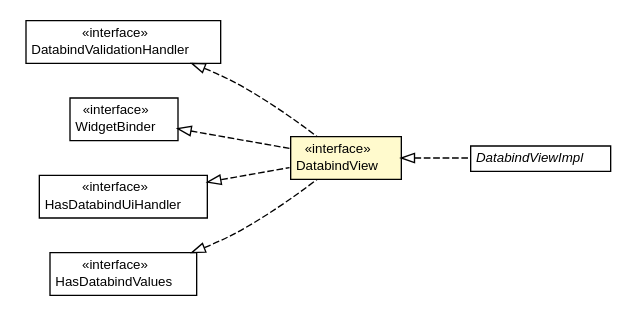
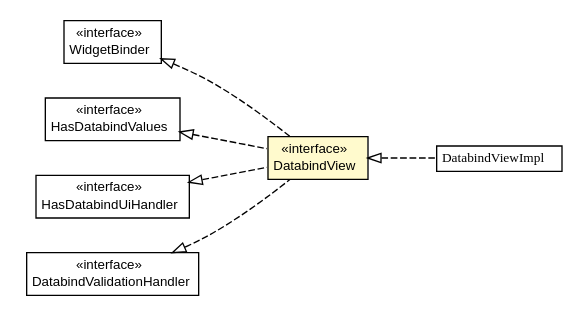
One commit to growbit/turbogwt-databind changed the diagram in javadoc/apidocs/org/turbogwt/mvp/databind/client/DatabindView.dot. Above: the diagram before and after it, drawn with Graphviz. The commit also changed 171 other files, not shown here.

```diff
--- a/javadoc/apidocs/org/turbogwt/mvp/databind/client/DatabindView.dot
+++ b/javadoc/apidocs/org/turbogwt/mvp/databind/client/DatabindView.dot
@@ -1,64 +1,64 @@
 #!/usr/local/bin/dot
 #
 # Class diagram 
 # Generated by UMLGraph version R5_6-24-gf6e263 (http://www.umlgraph.org/)
 #
 
 digraph G {
-	edge [fontname="Helvetica",fontsize=10,labelfontname="Helvetica",labelfontsize=10];
-	node [fontname="Helvetica",fontsize=10,shape=plaintext];
+	edge [fontname="arial",fontsize=10,labelfontname="arial",labelfontsize=10];
+	node [fontname="arial",fontsize=10,shape=plaintext];
 	nodesep=0.25;
 	ranksep=0.5;
 	rankdir=LR;
+	// org.turbogwt.mvp.databind.client.WidgetBinder
+	c447 [label=<<table title="org.turbogwt.mvp.databind.client.WidgetBinder" border="0" cellborder="1" cellspacing="0" cellpadding="2" port="p" href="./WidgetBinder.html">
+		<tr><td><table border="0" cellspacing="0" cellpadding="1">
+<tr><td align="center" balign="center"> &#171;interface&#187; </td></tr>
+<tr><td align="center" balign="center"> WidgetBinder </td></tr>
+		</table></td></tr>
+		</table>>, URL="./WidgetBinder.html", fontname="arial", fontcolor="black", fontsize=10.0];
+	// org.turbogwt.mvp.databind.client.HasDatabindValues
+	c453 [label=<<table title="org.turbogwt.mvp.databind.client.HasDatabindValues" border="0" cellborder="1" cellspacing="0" cellpadding="2" port="p" href="./HasDatabindValues.html">
+		<tr><td><table border="0" cellspacing="0" cellpadding="1">
+<tr><td align="center" balign="center"> &#171;interface&#187; </td></tr>
+<tr><td align="center" balign="center"> HasDatabindValues </td></tr>
+		</table></td></tr>
+		</table>>, URL="./HasDatabindValues.html", fontname="arial", fontcolor="black", fontsize=10.0];
+	// org.turbogwt.mvp.databind.client.HasDatabindUiHandler
+	c454 [label=<<table title="org.turbogwt.mvp.databind.client.HasDatabindUiHandler" border="0" cellborder="1" cellspacing="0" cellpadding="2" port="p" href="./HasDatabindUiHandler.html">
+		<tr><td><table border="0" cellspacing="0" cellpadding="1">
+<tr><td align="center" balign="center"> &#171;interface&#187; </td></tr>
+<tr><td align="center" balign="center"> HasDatabindUiHandler </td></tr>
+		</table></td></tr>
+		</table>>, URL="./HasDatabindUiHandler.html", fontname="arial", fontcolor="black", fontsize=10.0];
 	// org.turbogwt.mvp.databind.client.DatabindViewImpl
-	c385 [label=<<table title="org.turbogwt.mvp.databind.client.DatabindViewImpl" border="0" cellborder="1" cellspacing="0" cellpadding="2" port="p" href="./DatabindViewImpl.html">
+	c455 [label=<<table title="org.turbogwt.mvp.databind.client.DatabindViewImpl" border="0" cellborder="1" cellspacing="0" cellpadding="2" port="p" href="./DatabindViewImpl.html">
 		<tr><td><table border="0" cellspacing="0" cellpadding="1">
-<tr><td align="center" balign="center"><font face="Helvetica-Oblique"> DatabindViewImpl </font></td></tr>
+<tr><td align="center" balign="center"><font face="arial italic"> DatabindViewImpl </font></td></tr>
 		</table></td></tr>
-		</table>>, URL="./DatabindViewImpl.html", fontname="Helvetica", fontcolor="black", fontsize=10.0];
+		</table>>, URL="./DatabindViewImpl.html", fontname="arial", fontcolor="black", fontsize=10.0];
+	// org.turbogwt.mvp.databind.client.DatabindView
+	c459 [label=<<table title="org.turbogwt.mvp.databind.client.DatabindView" border="0" cellborder="1" cellspacing="0" cellpadding="2" port="p" bgcolor="lemonChiffon" href="./DatabindView.html">
+		<tr><td><table border="0" cellspacing="0" cellpadding="1">
+<tr><td align="center" balign="center"> &#171;interface&#187; </td></tr>
+<tr><td align="center" balign="center"> DatabindView </td></tr>
+		</table></td></tr>
+		</table>>, URL="./DatabindView.html", fontname="arial", fontcolor="black", fontsize=10.0];
 	// org.turbogwt.mvp.databind.client.DatabindValidationHandler
-	c388 [label=<<table title="org.turbogwt.mvp.databind.client.DatabindValidationHandler" border="0" cellborder="1" cellspacing="0" cellpadding="2" port="p" href="./DatabindValidationHandler.html">
+	c460 [label=<<table title="org.turbogwt.mvp.databind.client.DatabindValidationHandler" border="0" cellborder="1" cellspacing="0" cellpadding="2" port="p" href="./DatabindValidationHandler.html">
 		<tr><td><table border="0" cellspacing="0" cellpadding="1">
 <tr><td align="center" balign="center"> &#171;interface&#187; </td></tr>
 <tr><td align="center" balign="center"> DatabindValidationHandler </td></tr>
 		</table></td></tr>
-		</table>>, URL="./DatabindValidationHandler.html", fontname="Helvetica", fontcolor="black", fontsize=10.0];
-	// org.turbogwt.mvp.databind.client.WidgetBinder
-	c389 [label=<<table title="org.turbogwt.mvp.databind.client.WidgetBinder" border="0" cellborder="1" cellspacing="0" cellpadding="2" port="p" href="./WidgetBinder.html">
-		<tr><td><table border="0" cellspacing="0" cellpadding="1">
-<tr><td align="center" balign="center"> &#171;interface&#187; </td></tr>
-<tr><td align="center" balign="center"> WidgetBinder </td></tr>
-		</table></td></tr>
-		</table>>, URL="./WidgetBinder.html", fontname="Helvetica", fontcolor="black", fontsize=10.0];
-	// org.turbogwt.mvp.databind.client.HasDatabindUiHandler
-	c390 [label=<<table title="org.turbogwt.mvp.databind.client.HasDatabindUiHandler" border="0" cellborder="1" cellspacing="0" cellpadding="2" port="p" href="./HasDatabindUiHandler.html">
-		<tr><td><table border="0" cellspacing="0" cellpadding="1">
-<tr><td align="center" balign="center"> &#171;interface&#187; </td></tr>
-<tr><td align="center" balign="center"> HasDatabindUiHandler </td></tr>
-		</table></td></tr>
-		</table>>, URL="./HasDatabindUiHandler.html", fontname="Helvetica", fontcolor="black", fontsize=10.0];
-	// org.turbogwt.mvp.databind.client.DatabindView
-	c391 [label=<<table title="org.turbogwt.mvp.databind.client.DatabindView" border="0" cellborder="1" cellspacing="0" cellpadding="2" port="p" bgcolor="lemonChiffon" href="./DatabindView.html">
-		<tr><td><table border="0" cellspacing="0" cellpadding="1">
-<tr><td align="center" balign="center"> &#171;interface&#187; </td></tr>
-<tr><td align="center" balign="center"> DatabindView </td></tr>
-		</table></td></tr>
-		</table>>, URL="./DatabindView.html", fontname="Helvetica", fontcolor="black", fontsize=10.0];
-	// org.turbogwt.mvp.databind.client.HasDatabindValues
-	c397 [label=<<table title="org.turbogwt.mvp.databind.client.HasDatabindValues" border="0" cellborder="1" cellspacing="0" cellpadding="2" port="p" href="./HasDatabindValues.html">
-		<tr><td><table border="0" cellspacing="0" cellpadding="1">
-<tr><td align="center" balign="center"> &#171;interface&#187; </td></tr>
-<tr><td align="center" balign="center"> HasDatabindValues </td></tr>
-		</table></td></tr>
-		</table>>, URL="./HasDatabindValues.html", fontname="Helvetica", fontcolor="black", fontsize=10.0];
+		</table>>, URL="./DatabindValidationHandler.html", fontname="arial", fontcolor="black", fontsize=10.0];
 	//org.turbogwt.mvp.databind.client.DatabindViewImpl implements org.turbogwt.mvp.databind.client.DatabindView
-	c391:p -> c385:p [dir=back,arrowtail=empty,style=dashed];
+	c459:p -> c455:p [dir=back,arrowtail=empty,style=dashed];
 	//org.turbogwt.mvp.databind.client.DatabindView implements org.turbogwt.mvp.databind.client.HasDatabindUiHandler
-	c390:p -> c391:p [dir=back,arrowtail=empty,style=dashed];
+	c454:p -> c459:p [dir=back,arrowtail=empty,style=dashed];
 	//org.turbogwt.mvp.databind.client.DatabindView implements org.turbogwt.mvp.databind.client.HasDatabindValues
-	c397:p -> c391:p [dir=back,arrowtail=empty,style=dashed];
+	c453:p -> c459:p [dir=back,arrowtail=empty,style=dashed];
 	//org.turbogwt.mvp.databind.client.DatabindView implements org.turbogwt.mvp.databind.client.WidgetBinder
-	c389:p -> c391:p [dir=back,arrowtail=empty,style=dashed];
+	c447:p -> c459:p [dir=back,arrowtail=empty,style=dashed];
 	//org.turbogwt.mvp.databind.client.DatabindView implements org.turbogwt.mvp.databind.client.DatabindValidationHandler
-	c388:p -> c391:p [dir=back,arrowtail=empty,style=dashed];
+	c460:p -> c459:p [dir=back,arrowtail=empty,style=dashed];
 }
```
